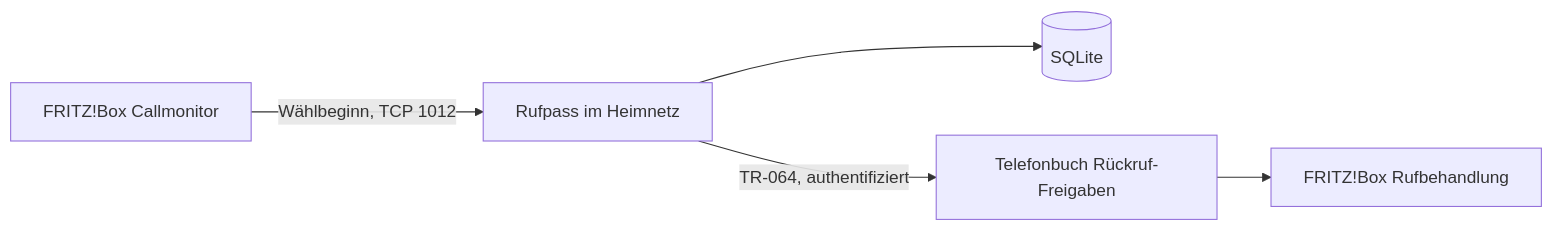
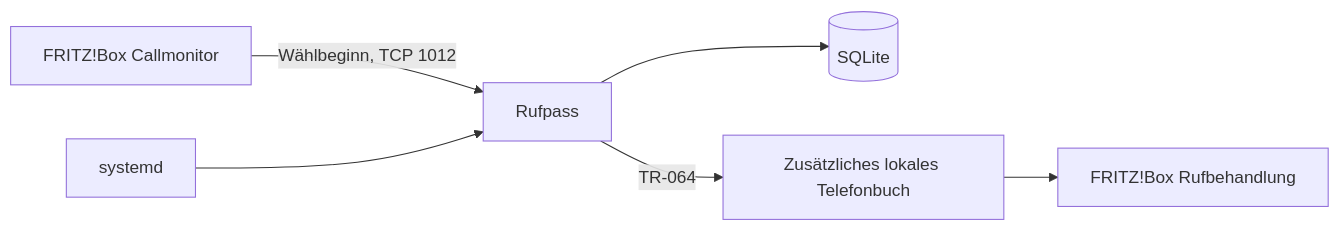
The diagram in docs/architecture.md (maxglas/Rufpass), drawn with Mermaid before and after one commit. The commit also changed other lines of this file and 17 other files, not shown here.

````diff
--- a/docs/architecture.md
+++ b/docs/architecture.md
@@ -9,7 +7,8 @@
 ```mermaid
 flowchart LR
-    F[FRITZ!Box Callmonitor] -->|Wählbeginn, TCP 1012| D[Rufpass im Heimnetz]
+    F[FRITZ!Box Callmonitor] -->|Wählbeginn, TCP 1012| D[Rufpass]
     D --> S[(SQLite)]
-    D -->|TR-064, authentifiziert| P[Telefonbuch Rückruf-Freigaben]
+    D -->|TR-064| P[Zusätzliches lokales Telefonbuch]
     P --> R[FRITZ!Box Rufbehandlung]
+    M[systemd] --> D
 ```
````
